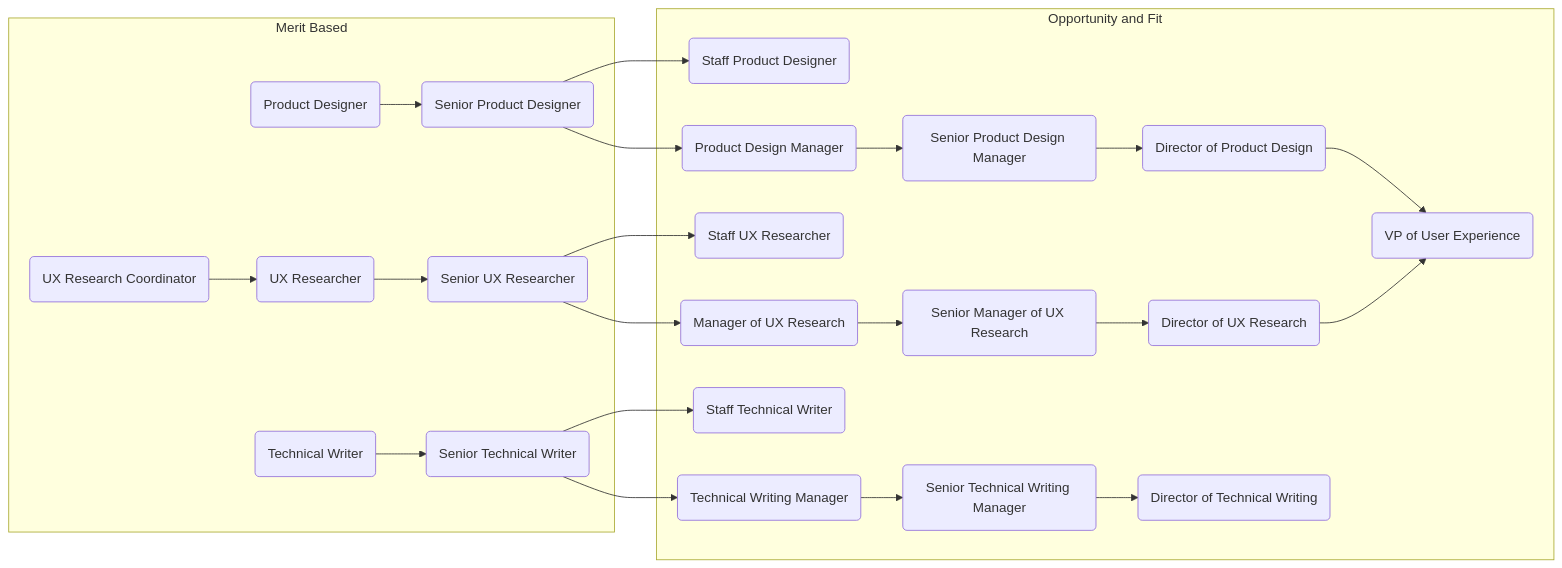
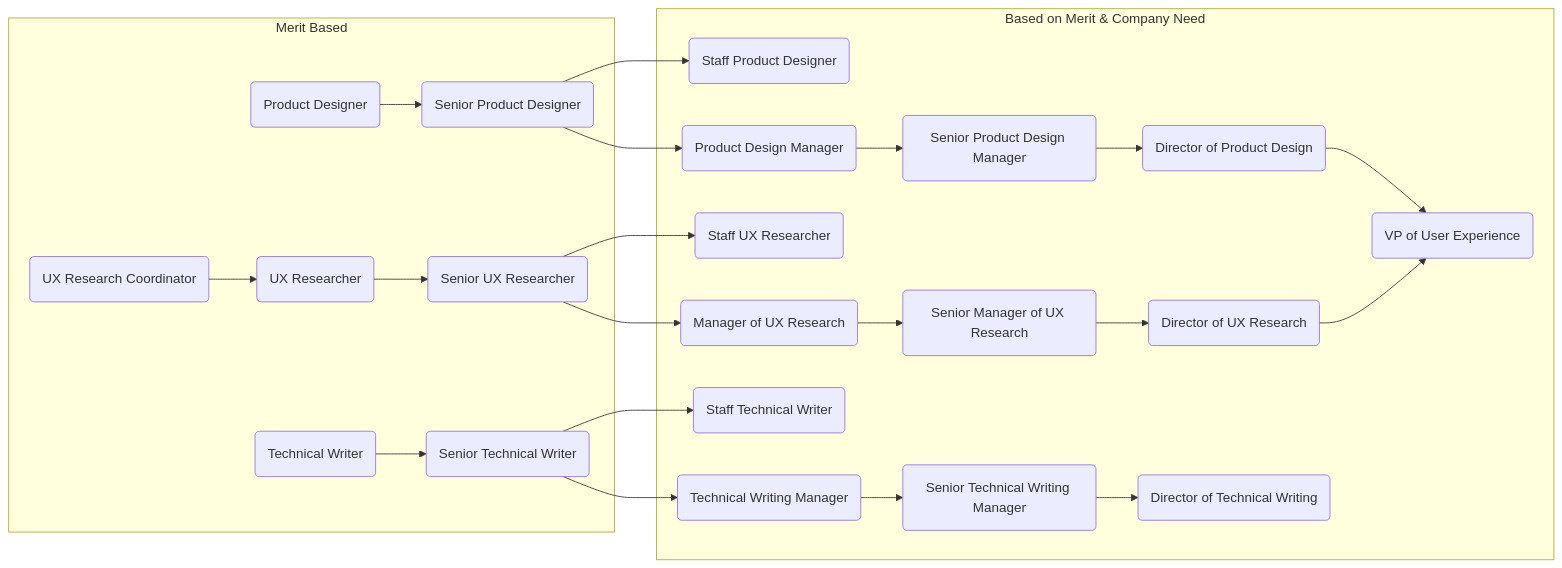
Before and after one commit to secretstartups/handbook: the fifth of 6 diagrams in career-development/index.html.md, drawn with Mermaid. The commit also changed other lines of this file, not shown here.

````diff
--- a/career-development/index.html.md
+++ b/career-development/index.html.md
@@ -258,51 +258,51 @@
 ```mermaid
   graph LR;
   subgraph Merit Based
     eng:pd(Product Designer)-->eng:spd(Senior Product Designer);
     eng:uxrc(UX Research Coordinator)-->eng:uxr(UX Researcher);
     eng:uxr(UX Researcher)-->eng:suxr(Senior UX Researcher);
     eng:tw(Technical Writer)-->eng:stw(Senior Technical Writer);
   end
 
-subgraph Opportunity and Fit
+subgraph Based on Merit & Company Need
   eng:spd(Senior Product Designer)-->eng:stpd(Staff Product Designer);
 
   eng:spd(Senior Product Designer)-->eng:pdm(Product Design Manager);
   eng:pdm(Product Design Manager)-->eng:spdm(Senior Product Design Manager);
   eng:spdm(Senior Product Design Manager)-->eng:dpd(Director of Product Design);
   eng:dpd(Director of Product Design)-->eng:vpux(VP of User Experience);
 
   eng:suxr(Senior UX Researcher)-->eng:stuxr(Staff UX Researcher);
 
   eng:suxr(Senior UX Researcher)-->eng:muxr(Manager of UX Research);
   eng:muxr(Manager of UX Research)-->eng:smuxr(Senior Manager of UX Research);
   eng:smuxr(Senior Manager of UX Research)-->eng:duxr(Director of UX Research);
   eng:duxr(Director of UX Research)-->eng:vpux(VP of User Experience);
   
   eng:stw(Senior Technical Writer)-->eng:sttw(Staff Technical Writer);
   eng:stw(Senior Technical Writer)-->eng:mtw(Technical Writing Manager);
   eng:mtw(Technical Writing Manager)-->eng:stwm(Senior Technical Writing Manager);
   eng:stwm(Senior Technical Writing Manager)-->eng:dtw(Director of Technical Writing);
 end
 
   click eng:pd "/job-families/engineering/product-designer/";
   click eng:spd "/job-families/engineering/product-designer/";
   click eng:stpd "/job-families/engineering/product-designer/";
   click eng:pdm "/job-families/engineering/ux-management/";
   click eng:spdm "/job-families/engineering/ux-management/";
   click eng:dpd "/job-families/engineering/ux-management/";
   click eng:uxrc "/job-families/engineering/ux-researcher/";
   click eng:uxr "/job-families/engineering/ux-researcher/";
   click eng:suxr "/job-families/engineering/ux-researcher/";
   click eng:stuxr "/job-families/engineering/ux-researcher/";
   click eng:muxr "/job-families/engineering/ux-research-manager/";
   click eng:smuxr "/job-families/engineering/ux-research-manager/";
   click eng:duxr "/job-families/engineering/ux-research-manager/";
   click eng:tw "/job-families/engineering/technical-writer/";
   click eng:stw "/job-families/engineering/technical-writer/";
   click eng:sttw "/job-families/engineering/technical-writer/";
   click eng:mtw "/job-families/engineering/technical-writing-manager/";
   click eng:stwm "/job-families/engineering/technical-writing-manager/";
   click eng:dtw "/job-families/engineering/technical-writing-manager/";
   click eng:vpux "/job-families/engineering/ux-management/";
 ```
````
